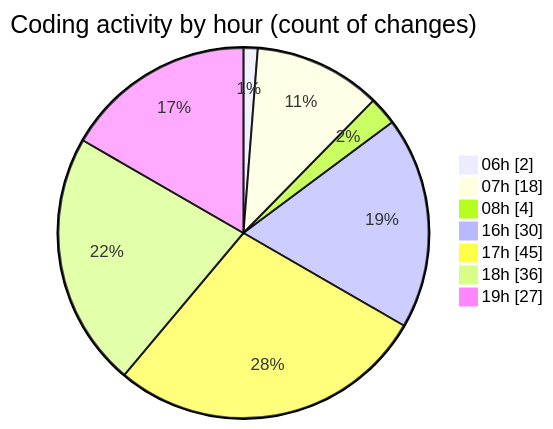
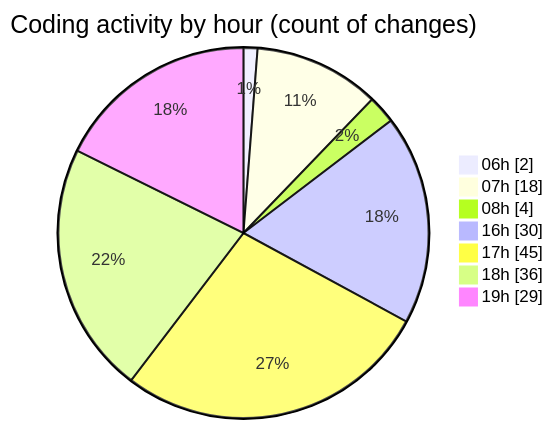
Before and after one commit to robertbonfada/code-tracking: the second of 2 diagrams in 2025-01-27/termonied-web/README.md, drawn with Mermaid. The commit also changed other lines of this file and 1 other file, not shown here.

````diff
--- a/2025-01-27/termonied-web/README.md
+++ b/2025-01-27/termonied-web/README.md
@@ -52,11 +52,11 @@
 ```mermaid
 pie showData
 title Coding activity by hour (count of changes)
 "06h" : 2
 "07h" : 18
 "08h" : 4
 "16h" : 30
 "17h" : 45
 "18h" : 36
-"19h" : 27
+"19h" : 29
 ```
````
